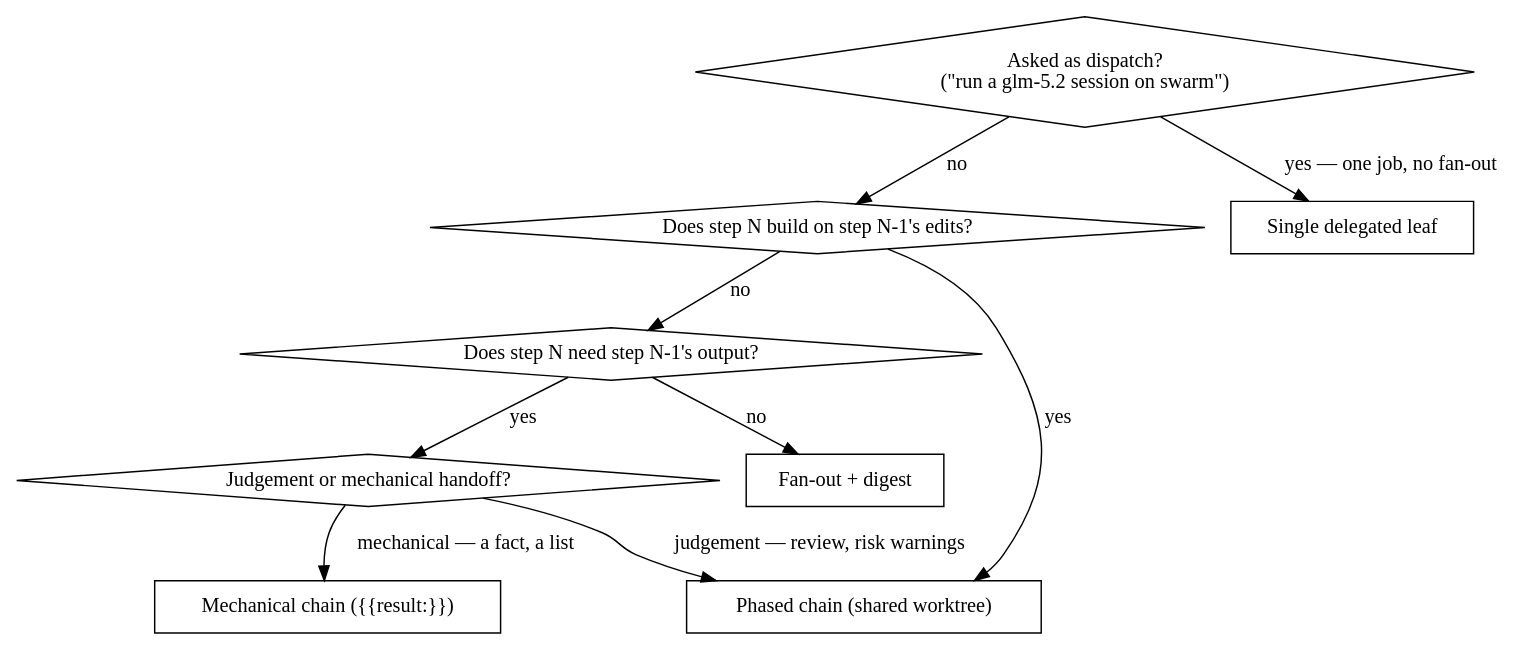
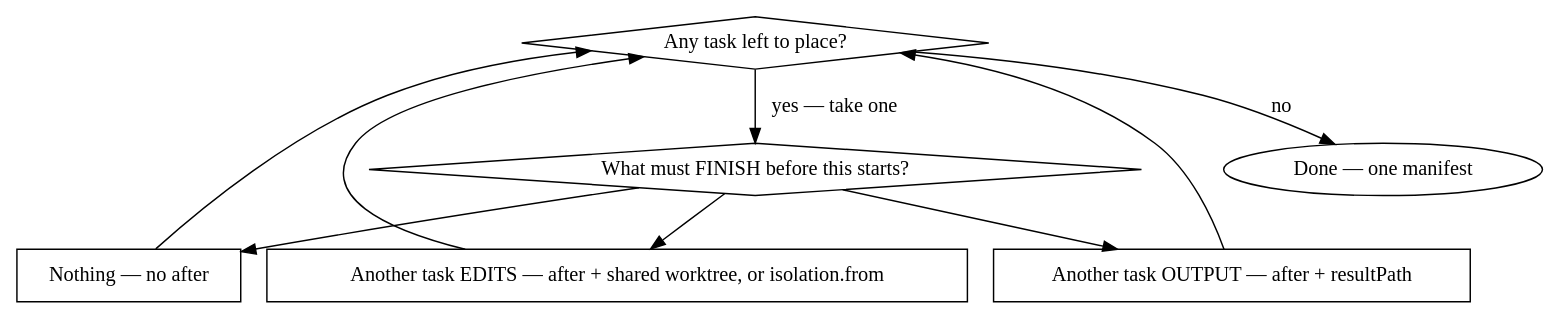
One commit to andrewmaston1988/claude-plugin-marketplace changed the diagram in plugins/swarm/skills/swarm/SKILL.md. Above: the diagram before and after it, drawn with Graphviz. The commit also changed other lines of this file and 8 other files, not shown here.

First line of the commit message:
Widen after narrowing: isolation.from, integrate, and worktree lifecycle guards (#216)

````diff
--- a/plugins/swarm/skills/swarm/SKILL.md
+++ b/plugins/swarm/skills/swarm/SKILL.md
@@ -151,21 +220,19 @@
 ```dot
-digraph swarm_shape {
-    "Asked as dispatch?\n(\"run a glm-5.2 session on swarm\")" [shape=diamond];
-    "Does step N build on step N-1's edits?" [shape=diamond];
-    "Does step N need step N-1's output?" [shape=diamond];
-    "Judgement or mechanical handoff?" [shape=diamond];
-    "Single delegated leaf" [shape=box];
-    "Fan-out + digest" [shape=box];
-    "Mechanical chain ({{result:}})" [shape=box];
-    "Phased chain (shared worktree)" [shape=box];
+digraph swarm_place {
+    left [label="Any task left to place?", shape=diamond];
+    need [label="What must FINISH before this starts?", shape=diamond];
+    nothing [label="Nothing — no after", shape=box];
+    output [label="Another task OUTPUT — after + resultPath", shape=box];
+    edits [label="Another task EDITS — after + shared worktree, or isolation.from", shape=box];
+    done [label="Done — one manifest", shape=ellipse];
 
-    "Asked as dispatch?\n(\"run a glm-5.2 session on swarm\")" -> "Single delegated leaf" [label="yes — one job, no fan-out"];
-    "Asked as dispatch?\n(\"run a glm-5.2 session on swarm\")" -> "Does step N build on step N-1's edits?" [label="no"];
-    "Does step N build on step N-1's edits?" -> "Phased chain (shared worktree)" [label="yes"];
-    "Does step N build on step N-1's edits?" -> "Does step N need step N-1's output?" [label="no"];
-    "Does step N need step N-1's output?" -> "Fan-out + digest" [label="no"];
-    "Does step N need step N-1's output?" -> "Judgement or mechanical handoff?" [label="yes"];
-    "Judgement or mechanical handoff?" -> "Mechanical chain ({{result:}})" [label="mechanical — a fact, a list"];
-    "Judgement or mechanical handoff?" -> "Phased chain (shared worktree)" [label="judgement — review, risk warnings"];
+    left -> need [label="yes — take one"];
+    need -> nothing;
+    need -> output;
+    need -> edits;
+    nothing -> left;
+    output -> left;
+    edits -> left;
+    left -> done [label="no"];
 }
 ```
````
